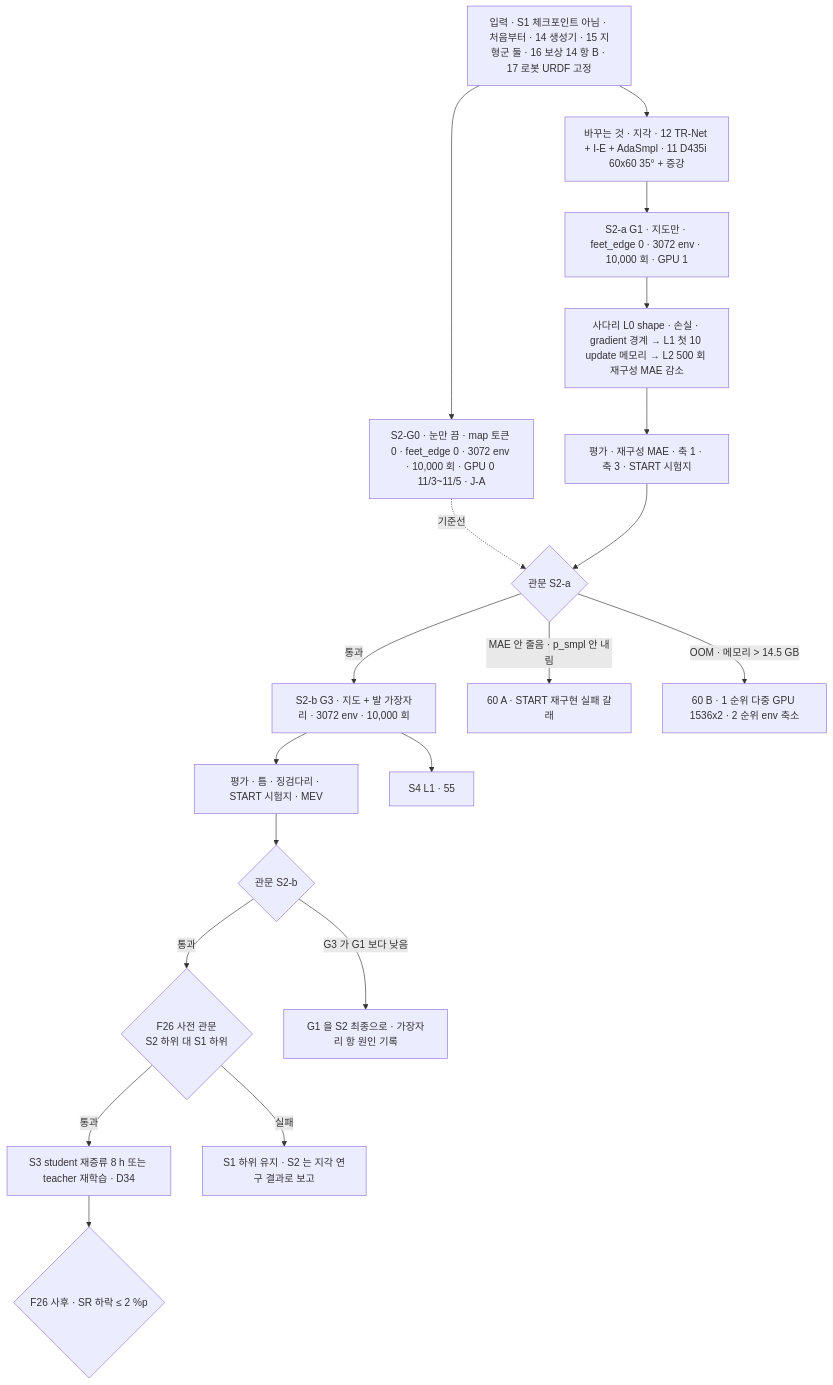
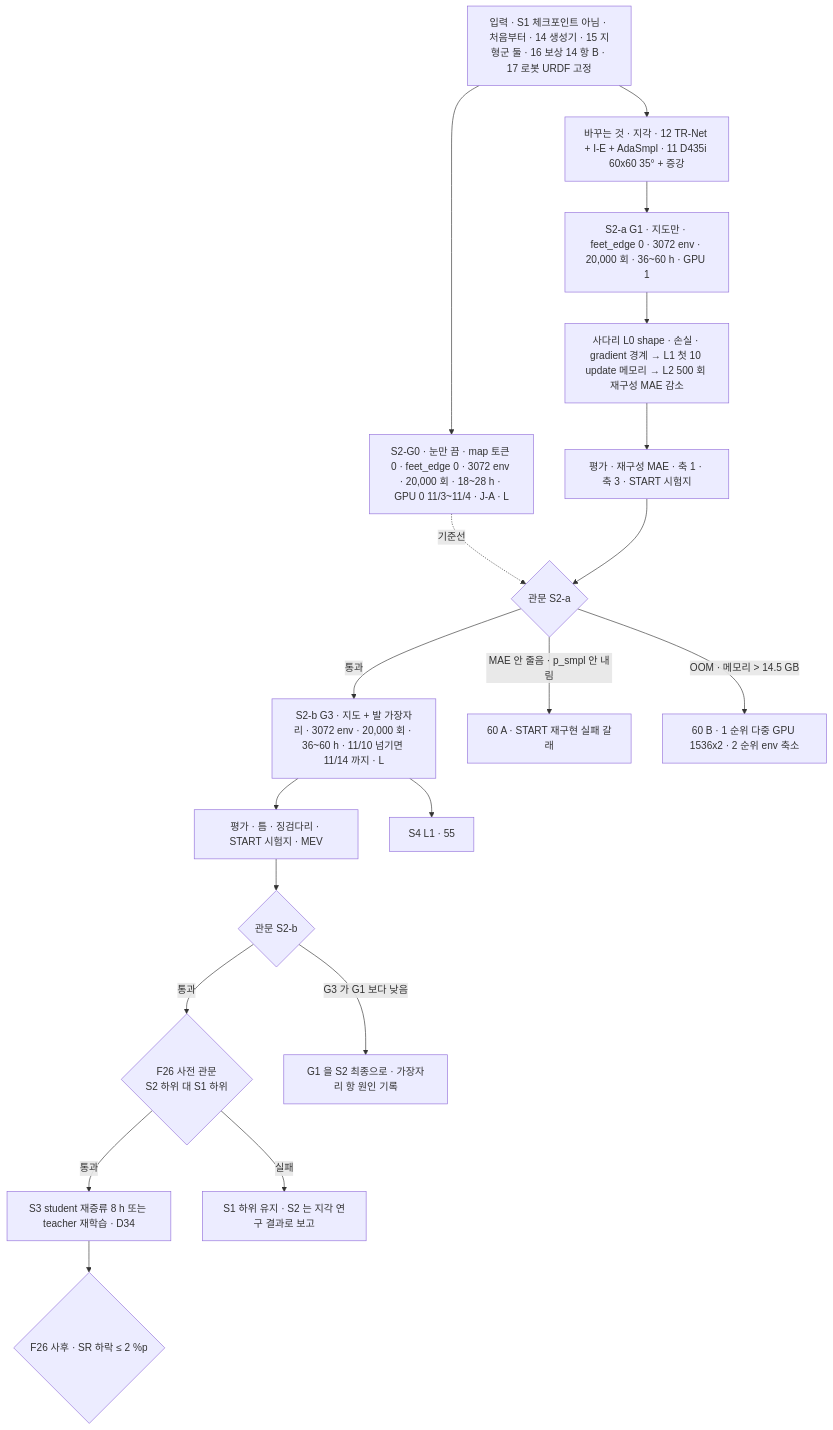
Before and after one commit to foothold-project/foothold-lab: the diagram in inbox/jay/20261019-design/53-S2-PERCEPTION.md, drawn with Mermaid. The commit also changed other lines of this file and 11 other files, not shown here.

````diff
--- a/inbox/jay/20261019-design/53-S2-PERCEPTION.md
+++ b/inbox/jay/20261019-design/53-S2-PERCEPTION.md
@@ -15,21 +15,21 @@
 ```mermaid
 flowchart TB
-  IN[입력 · S1 체크포인트 아님 · 처음부터 · 14 생성기 · 15 지형군 둘 · 16 보상 14 항 B · 17 로봇 URDF 고정] --> G0[S2-G0 · 눈만 끔 · map 토큰 0 · feet_edge 0 · 3072 env · 10,000 회 · GPU 0 11/3~11/5 · J-A]
+  IN[입력 · S1 체크포인트 아님 · 처음부터 · 14 생성기 · 15 지형군 둘 · 16 보상 14 항 B · 17 로봇 URDF 고정] --> G0[S2-G0 · 눈만 끔 · map 토큰 0 · feet_edge 0 · 3072 env · 20,000 회 · 18~28 h · GPU 0 11/3~11/4 · J-A · L]
   IN --> CH[바꾸는 것 · 지각 · 12 TR-Net + I-E + AdaSmpl · 11 D435i 60x60 35° + 증강]
-  CH --> G1[S2-a G1 · 지도만 · feet_edge 0 · 3072 env · 10,000 회 · GPU 1]
+  CH --> G1[S2-a G1 · 지도만 · feet_edge 0 · 3072 env · 20,000 회 · 36~60 h · GPU 1]
   G0 -. 기준선 .-> GA
   G1 --> L1[사다리 L0 shape · 손실 · gradient 경계 → L1 첫 10 update 메모리 → L2 500 회 재구성 MAE 감소]
   L1 --> E1[평가 · 재구성 MAE · 축 1 · 축 3 · START 시험지]
   E1 --> GA{관문 S2-a}
-  GA -->|통과| G3[S2-b G3 · 지도 + 발 가장자리 · 3072 env · 10,000 회]
+  GA -->|통과| G3[S2-b G3 · 지도 + 발 가장자리 · 3072 env · 20,000 회 · 36~60 h · 11/10 넘기면 11/14 까지 · L]
   GA -->|MAE 안 줄음 · p_smpl 안 내림| A[60 A · START 재구현 실패 갈래]
   GA -->|OOM · 메모리 > 14.5 GB| B[60 B · 1 순위 다중 GPU 1536x2 · 2 순위 env 축소]
   G3 --> E3[평가 · 틈 · 징검다리 · START 시험지 · MEV]
   E3 --> GB{관문 S2-b}
   GB -->|통과| F26{F26 사전 관문<br/>S2 하위 대 S1 하위}
   GB -->|G3 가 G1 보다 낮음| K[G1 을 S2 최종으로 · 가장자리 항 원인 기록]
   F26 -->|통과| RD[S3 student 재증류 8 h 또는 teacher 재학습 · D34]
   F26 -->|실패| KEEP[S1 하위 유지 · S2 는 지각 연구 결과로 보고]
   RD --> F26b{F26 사후 · SR 하락 ≤ 2 %p}
   G3 --> S4[S4 L1 · 55]
 ```
````
